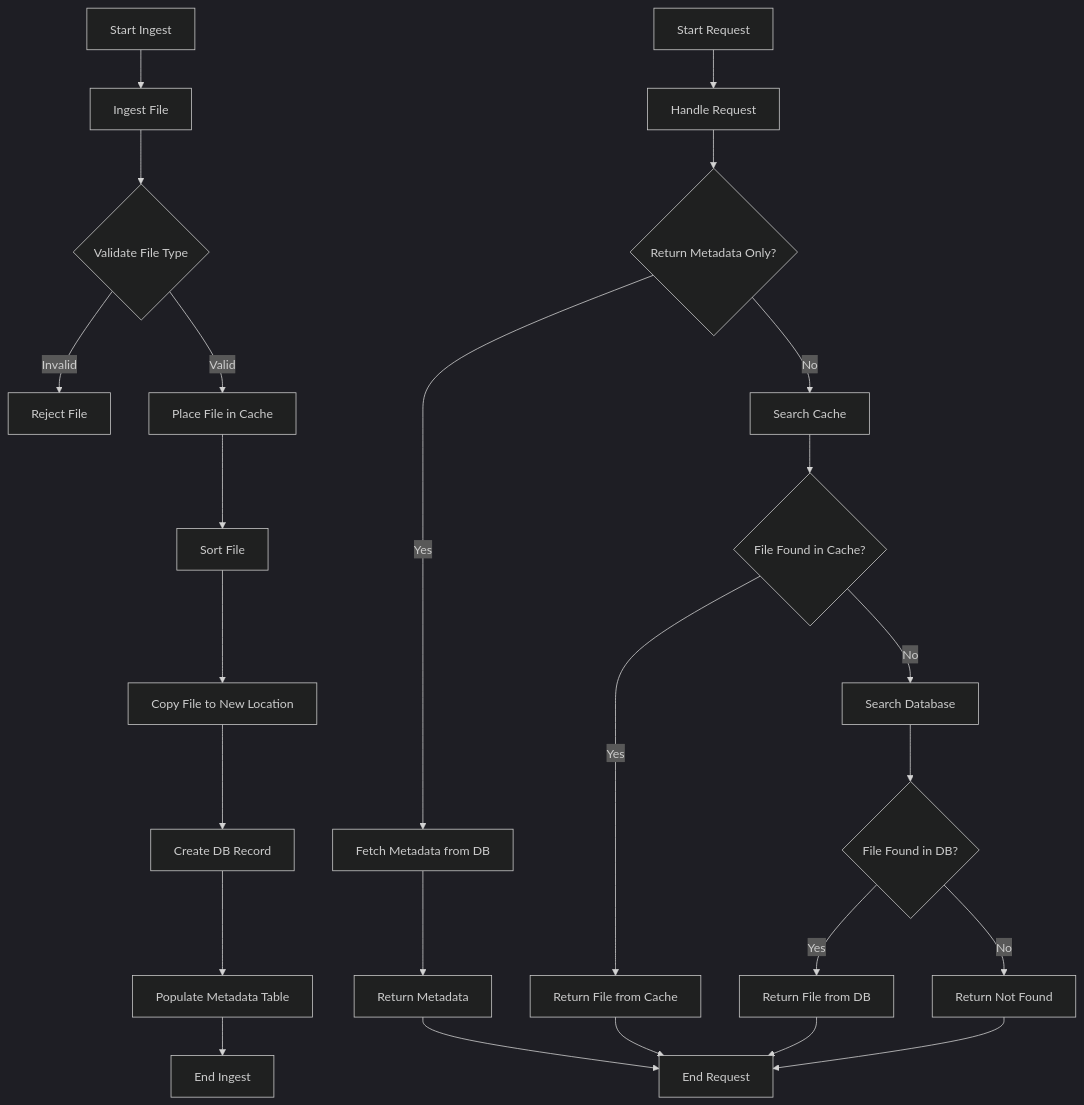
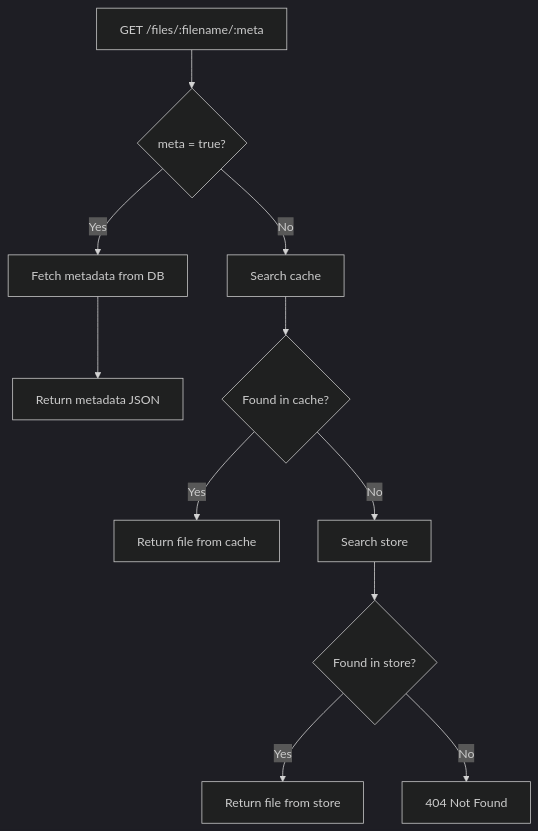
Before and after one commit to KilroyWasHere-cs-j/Dewey: the second of 2 diagrams in README.md, drawn with Mermaid (dark theme). The commit also changed other lines of this file, not shown here.

````diff
--- a/README.md
+++ b/README.md
@@ -39,33 +160,13 @@
 ```mermaid
 flowchart TD
-
-%% In Path
-A[Start Ingest] --> B[Ingest File]
-B --> C{Validate File Type}
-C -- Invalid --> D[Reject File]
-C -- Valid --> E[Place File in Cache]
-E --> F[Sort File]
-F --> G[Copy File to New Location]
-G --> H[Create DB Record]
-H --> I[Populate Metadata Table]
-I --> J[End Ingest]
-
-%% Out Path
-K[Start Request] --> L[Handle Request]
-L --> M{Return Metadata Only?}
-M -- Yes --> N[Fetch Metadata from DB]
-N --> O[Return Metadata]
-
-M -- No --> P[Search Cache]
-P --> Q{File Found in Cache?}
-Q -- Yes --> R[Return File from Cache]
-Q -- No --> S[Search Database]
-S --> T{File Found in DB?}
-T -- Yes --> U[Return File from DB]
-T -- No --> V[Return Not Found]
-
-R --> W[End Request]
-U --> W
-O --> W
-V --> W
+    A[GET /files/:filename/:meta] --> B{meta = true?}
+    B -- Yes --> C[Fetch metadata from DB]
+    C --> D[Return metadata JSON]
+    B -- No --> E[Search cache]
+    E --> F{Found in cache?}
+    F -- Yes --> G[Return file from cache]
+    F -- No --> H[Search store]
+    H --> I{Found in store?}
+    I -- Yes --> J[Return file from store]
+    I -- No --> K[404 Not Found]
 ```
````
